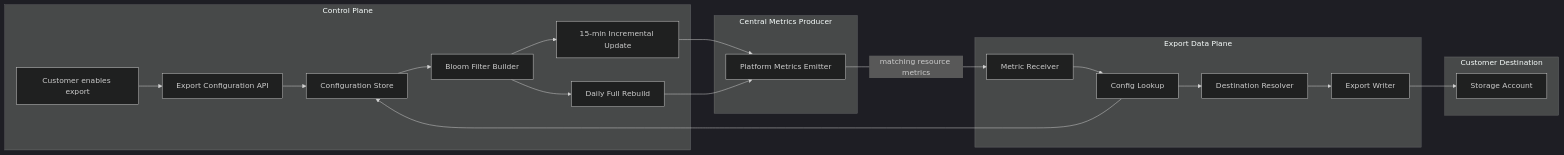
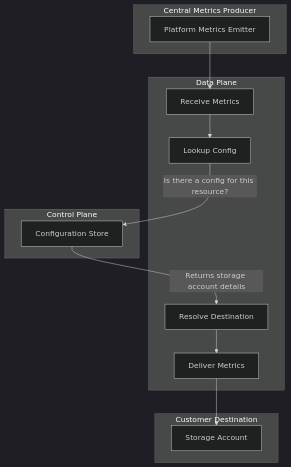
The second of 5 diagrams in AWS/Msft/e2e.md (mvsnbharath/Design), drawn with Mermaid (dark theme) before and after one commit. The commit also changed other lines of this file, not shown here.

````diff
--- a/AWS/Msft/e2e.md
+++ b/AWS/Msft/e2e.md
@@ -1,34 +18,28 @@
 ```mermaid
-flowchart LR
-    subgraph ControlPlane[Control Plane]
-        A[Customer enables export]
-        B[Export Configuration API]
-        C[Configuration Store]
-        D[Bloom Filter Builder]
-        E[15-min Incremental Update]
-        F[Daily Full Rebuild]
+flowchart TB
+    subgraph Producer[Central Metrics Producer]
+        P[Platform Metrics Emitter]
     end
 
-    subgraph Source[Central Metrics Producer]
-        G[Platform Metrics Emitter]
+    subgraph DataPlane[Data Plane]
+        D1[Receive Metrics]
+        D2[Lookup Config]
+        D3[Resolve Destination]
+        D4[Deliver Metrics]
     end
 
-    subgraph Export[Export Data Plane]
-        H[Metric Receiver]
-        I[Config Lookup]
-        J[Destination Resolver]
-        K[Export Writer]
+    subgraph ControlPlane[Control Plane]
+        CP[Configuration Store]
     end
 
-    subgraph Sink[Customer Destination]
-        L[Storage Account]
+    subgraph Customer[Customer Destination]
+        SA[Storage Account]
     end
 
-    A --> B --> C
-    C --> D
-    D --> E --> G
-    D --> F --> G
-    G -->|matching resource metrics| H
-    H --> I --> C
-    I --> J --> K --> L
+    P --> D1
+    D1 --> D2
+    D2 -->|Is there a config for this resource?| CP
+    CP -->|Returns storage account details| D3
+    D3 --> D4
+    D4 --> SA
 ```
````
